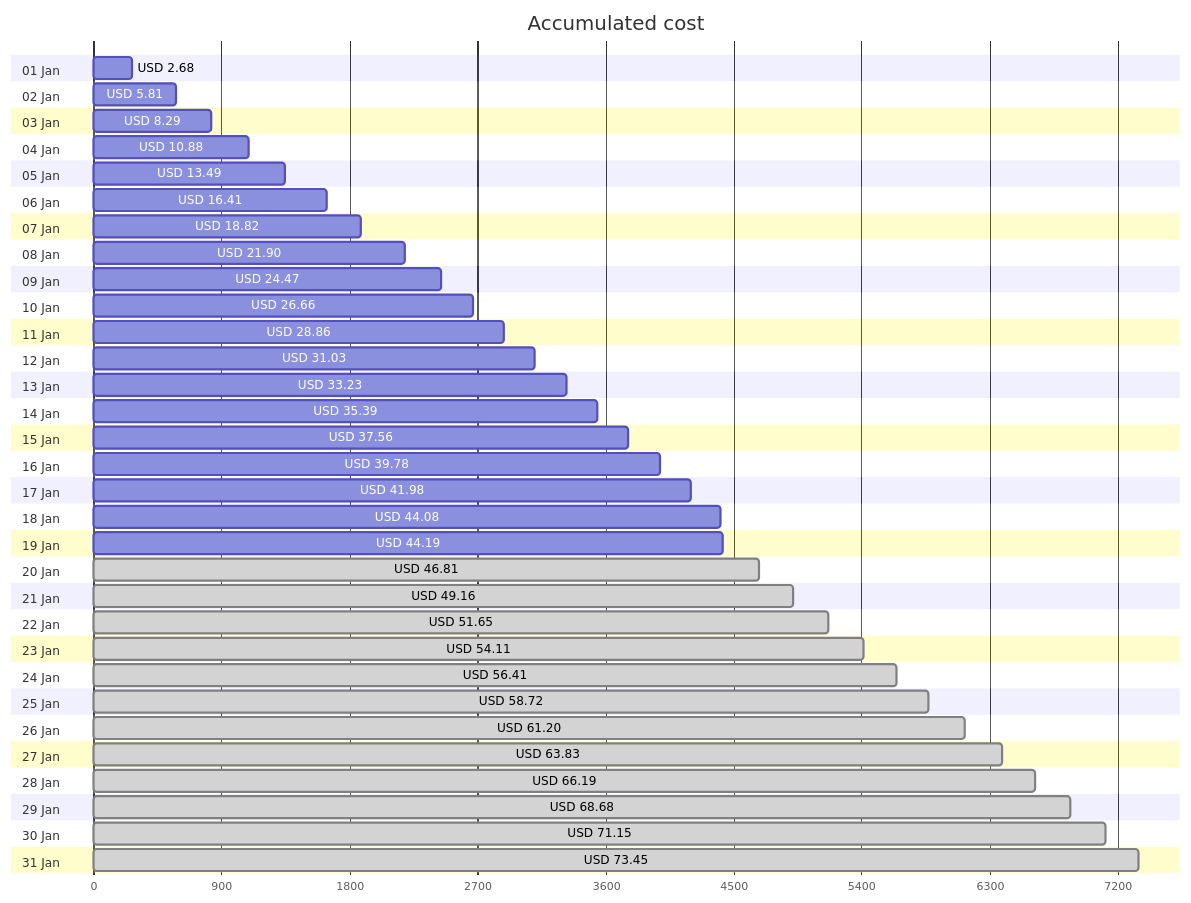
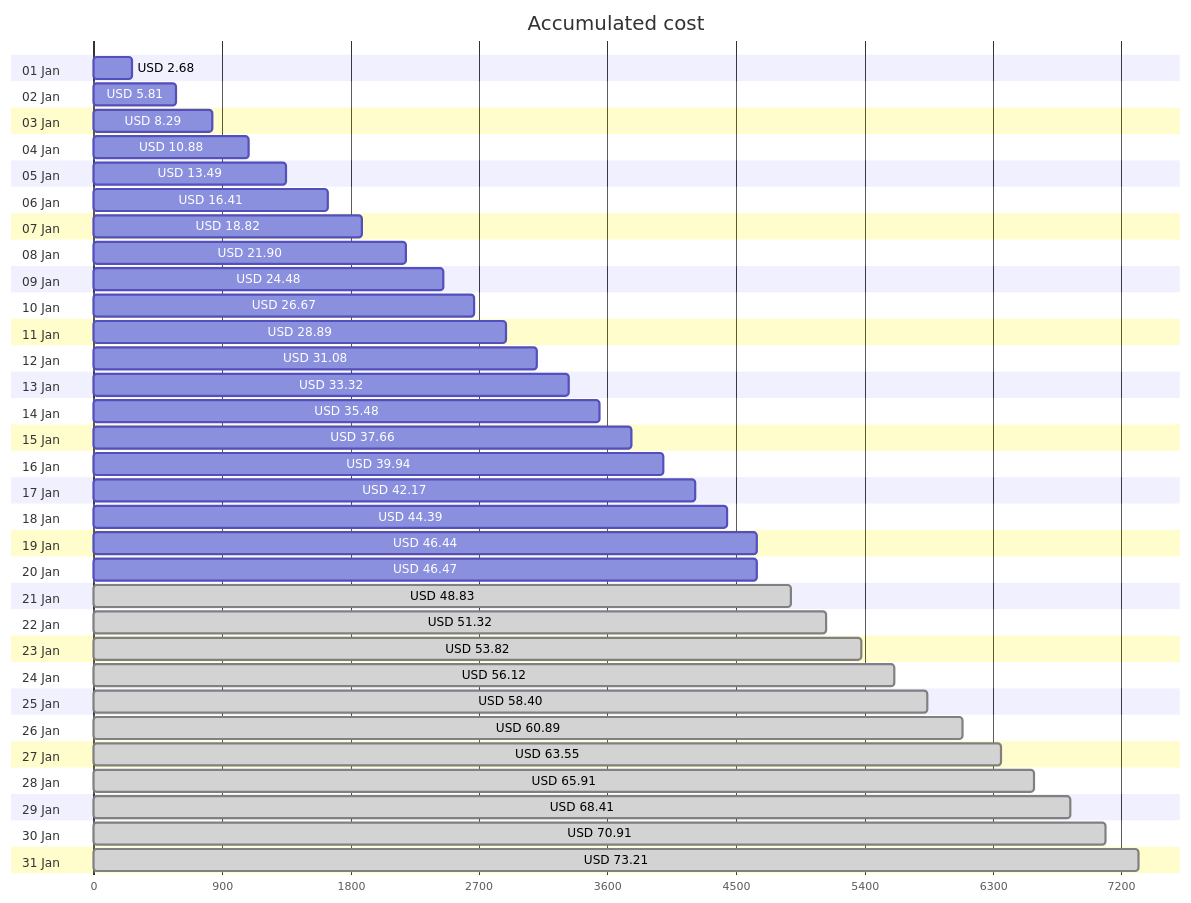
The first of 4 diagrams in cost-reports/accumulated-cost.md (jpfulton/azure-personal-reports), drawn with Mermaid before and after one commit. The commit also changed other lines of this file and 4 other files, not shown here.

````diff
--- a/cost-reports/accumulated-cost.md
+++ b/cost-reports/accumulated-cost.md
@@ -20,68 +20,68 @@
 ```mermaid
 gantt
    title Accumulated cost
    dateFormat  X
    axisFormat %s
    section 01 Jan
    USD 2.68 :0, 268
    section 02 Jan
    USD 5.81 :0, 581
    section 03 Jan
    USD 8.29 :0, 829
    section 04 Jan
    USD 10.88 :0, 1088
    section 05 Jan
    USD 13.49 :0, 1349
    section 06 Jan
    USD 16.41 :0, 1641
    section 07 Jan
    USD 18.82 :0, 1882
    section 08 Jan
    USD 21.90 :0, 2190
    section 09 Jan
-   USD 24.47 :0, 2447
+   USD 24.48 :0, 2448
    section 10 Jan
-   USD 26.66 :0, 2666
+   USD 26.67 :0, 2667
    section 11 Jan
-   USD 28.86 :0, 2886
+   USD 28.89 :0, 2889
    section 12 Jan
-   USD 31.03 :0, 3103
+   USD 31.08 :0, 3108
    section 13 Jan
-   USD 33.23 :0, 3323
+   USD 33.32 :0, 3332
    section 14 Jan
-   USD 35.39 :0, 3539
+   USD 35.48 :0, 3548
    section 15 Jan
-   USD 37.56 :0, 3756
+   USD 37.66 :0, 3766
    section 16 Jan
-   USD 39.78 :0, 3978
+   USD 39.94 :0, 3994
    section 17 Jan
-   USD 41.98 :0, 4198
+   USD 42.17 :0, 4217
    section 18 Jan
-   USD 44.08 :0, 4408
+   USD 44.39 :0, 4439
    section 19 Jan
-   USD 44.19 :0, 4419
+   USD 46.44 :0, 4644
    section 20 Jan
-   USD 46.81 : done, 0, 4681
+   USD 46.47 :0, 4647
    section 21 Jan
-   USD 49.16 : done, 0, 4916
+   USD 48.83 : done, 0, 4883
    section 22 Jan
-   USD 51.65 : done, 0, 5165
+   USD 51.32 : done, 0, 5132
    section 23 Jan
-   USD 54.11 : done, 0, 5411
+   USD 53.82 : done, 0, 5382
    section 24 Jan
-   USD 56.41 : done, 0, 5641
+   USD 56.12 : done, 0, 5612
    section 25 Jan
-   USD 58.72 : done, 0, 5872
+   USD 58.40 : done, 0, 5840
    section 26 Jan
-   USD 61.20 : done, 0, 6120
+   USD 60.89 : done, 0, 6089
    section 27 Jan
-   USD 63.83 : done, 0, 6383
+   USD 63.55 : done, 0, 6355
    section 28 Jan
-   USD 66.19 : done, 0, 6619
+   USD 65.91 : done, 0, 6591
    section 29 Jan
-   USD 68.68 : done, 0, 6868
+   USD 68.41 : done, 0, 6841
    section 30 Jan
-   USD 71.15 : done, 0, 7115
+   USD 70.91 : done, 0, 7091
    section 31 Jan
-   USD 73.45 : done, 0, 7345
+   USD 73.21 : done, 0, 7321
 ```
````
